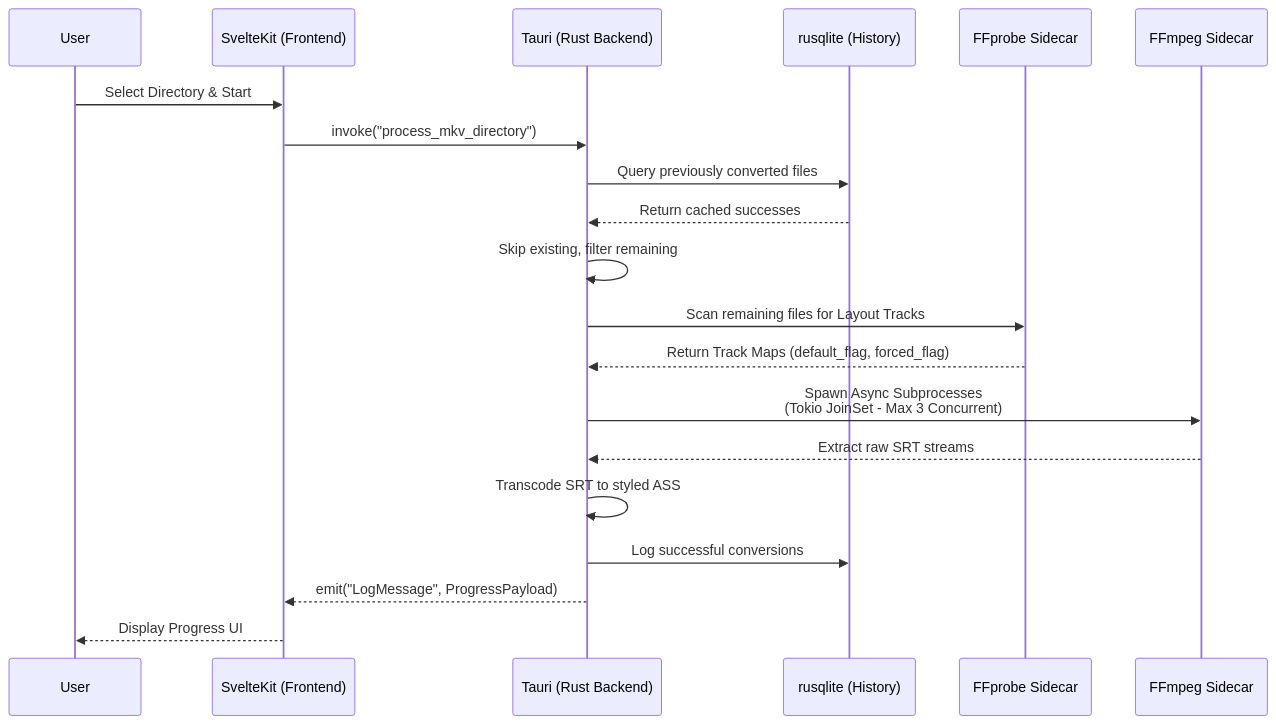
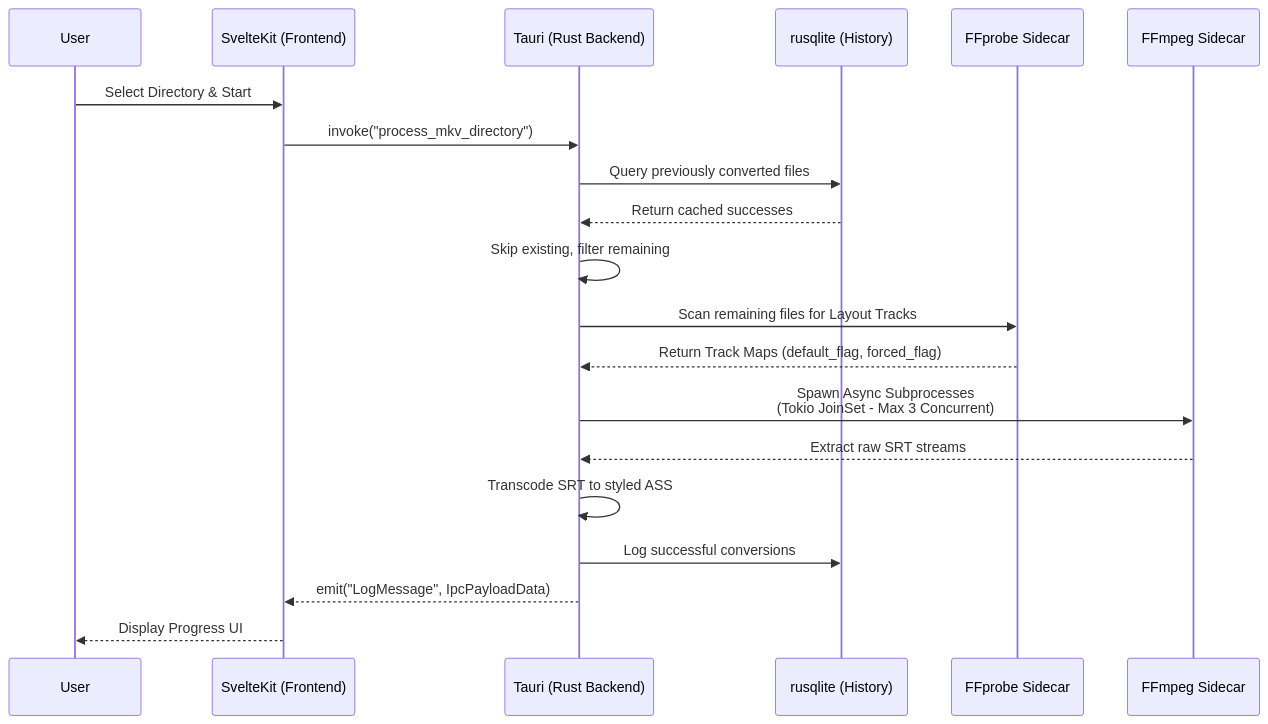
The first of 4 diagrams in mkv-subtitle-converter/docs/KNOWLEDGE_GRAPH.md (Cuates/rust), drawn with Mermaid before and after one commit. The commit also changed other lines of this file and 48 other files, not shown here.

````diff
--- a/mkv-subtitle-converter/docs/KNOWLEDGE_GRAPH.md
+++ b/mkv-subtitle-converter/docs/KNOWLEDGE_GRAPH.md
@@ -12,29 +12,29 @@
 ```mermaid
 sequenceDiagram
     participant User
     participant Frontend as SvelteKit (Frontend)
     participant Backend as Tauri (Rust Backend)
     participant SQLite as rusqlite (History)
     participant FFprobe as FFprobe Sidecar
     participant FFmpeg as FFmpeg Sidecar
 
     User->>Frontend: Select Directory & Start
     Frontend->>Backend: invoke("process_mkv_directory")
     
     %% Idempotent Checks
     Backend->>SQLite: Query previously converted files
     SQLite-->>Backend: Return cached successes
     Backend->>Backend: Skip existing, filter remaining
     
     %% Processing Phase
     Backend->>FFprobe: Scan remaining files for Layout Tracks
     FFprobe-->>Backend: Return Track Maps (default_flag, forced_flag)
     Backend->>FFmpeg: Spawn Async Subprocesses<br/>(Tokio JoinSet - Max 3 Concurrent)
     FFmpeg-->>Backend: Extract raw SRT streams
     Backend->>Backend: Transcode SRT to styled ASS
     
     %% Completion
     Backend->>SQLite: Log successful conversions
-    Backend-->>Frontend: emit("LogMessage", ProgressPayload)
+    Backend-->>Frontend: emit("LogMessage", IpcPayloadData)
     Frontend-->>User: Display Progress UI
 ```
````
